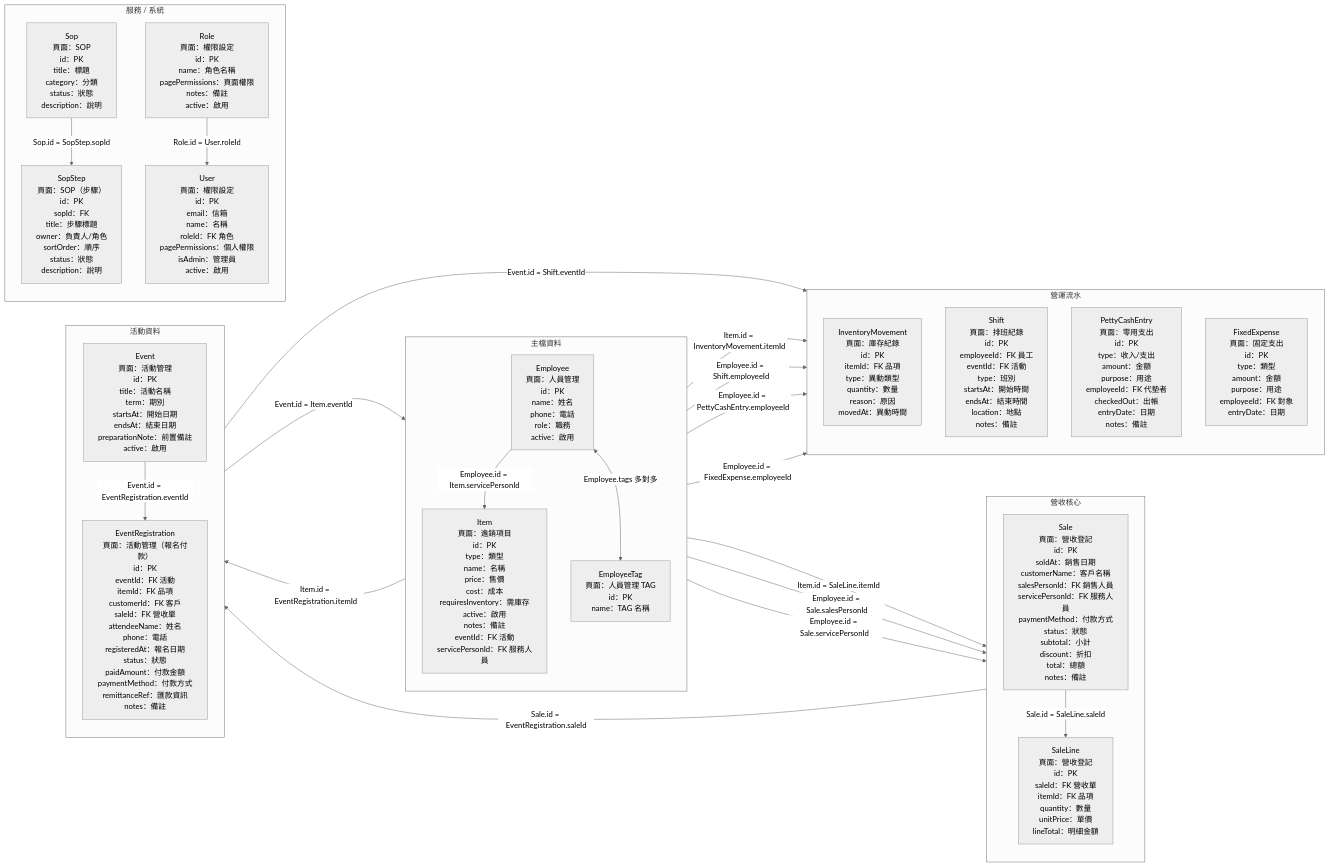
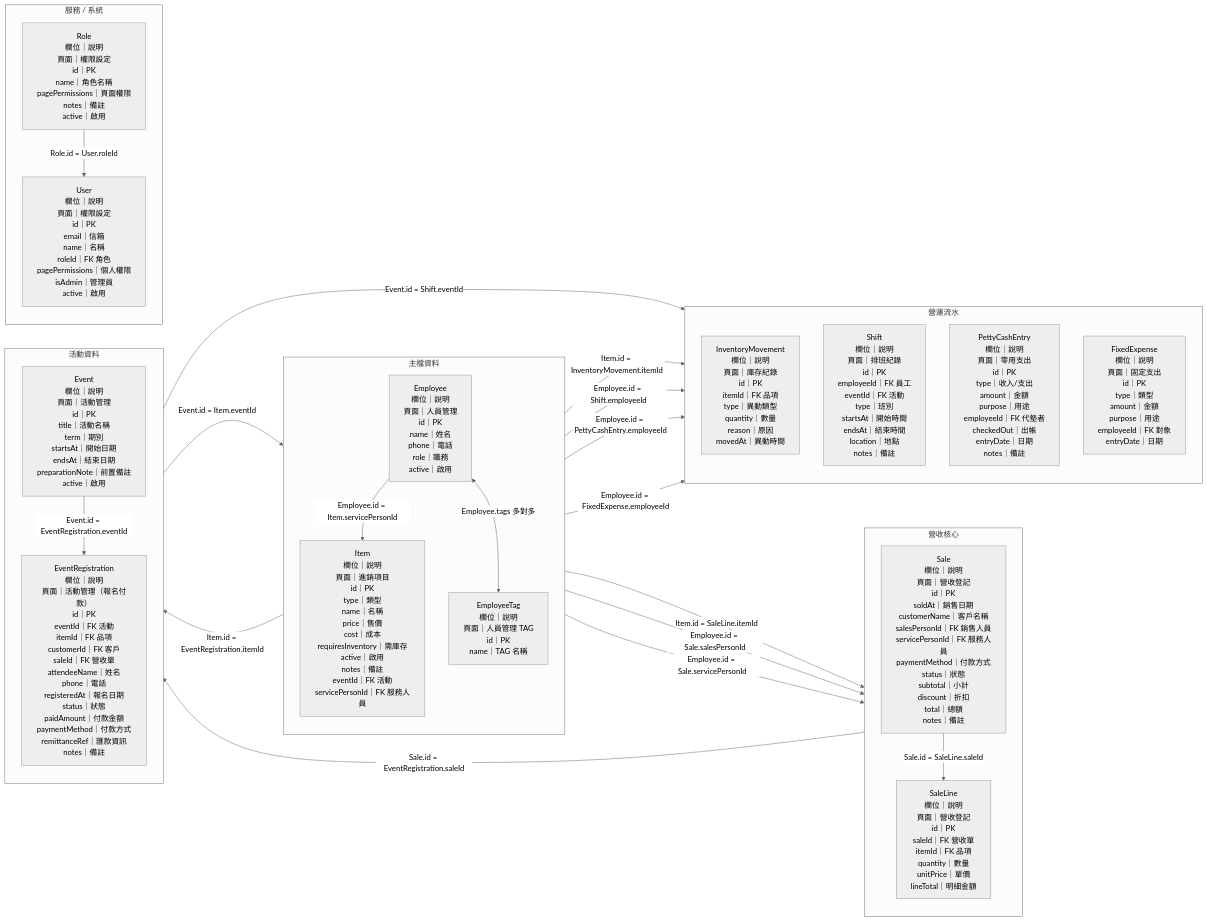
The fourth of 4 diagrams in docs/data-relationships.md (crimsonhsu-PM/ERP), drawn with Mermaid (neutral theme) before and after one commit. The commit also changed other lines of this file and 43 other files, not shown here.

````diff
--- a/docs/data-relationships.md
+++ b/docs/data-relationships.md
@@ -230,157 +221,154 @@
   subgraph masterData["主檔資料"]
     direction TB
     itemTable["`Item
-頁面：進銷項目
-id：PK
-type：類型
-name：名稱
-price：售價
-cost：成本
-requiresInventory：需庫存
-active：啟用
-notes：備註
-eventId：FK 活動
-servicePersonId：FK 服務人員`"]
+欄位｜說明
+頁面｜進銷項目
+id｜PK
+type｜類型
+name｜名稱
+price｜售價
+cost｜成本
+requiresInventory｜需庫存
+active｜啟用
+notes｜備註
+eventId｜FK 活動
+servicePersonId｜FK 服務人員`"]
     employeeTable["`Employee
-頁面：人員管理
-id：PK
-name：姓名
-phone：電話
-role：職務
-active：啟用`"]
+欄位｜說明
+頁面｜人員管理
+id｜PK
+name｜姓名
+phone｜電話
+role｜職務
+active｜啟用`"]
     employeeTagTable["`EmployeeTag
-頁面：人員管理 TAG
-id：PK
-name：TAG 名稱`"]
+欄位｜說明
+頁面｜人員管理 TAG
+id｜PK
+name｜TAG 名稱`"]
   end
 
   subgraph revenueData["營收核心"]
     direction TB
     saleTable["`Sale
-頁面：營收登記
-id：PK
-soldAt：銷售日期
-customerName：客戶名稱
-salesPersonId：FK 銷售人員
-servicePersonId：FK 服務人員
-paymentMethod：付款方式
-status：狀態
-subtotal：小計
-discount：折扣
-total：總額
-notes：備註`"]
+欄位｜說明
+頁面｜營收登記
+id｜PK
+soldAt｜銷售日期
+customerName｜客戶名稱
+salesPersonId｜FK 銷售人員
+servicePersonId｜FK 服務人員
+paymentMethod｜付款方式
+status｜狀態
+subtotal｜小計
+discount｜折扣
+total｜總額
+notes｜備註`"]
     saleLineTable["`SaleLine
-頁面：營收登記
-id：PK
-saleId：FK 營收單
-itemId：FK 品項
-quantity：數量
-unitPrice：單價
-lineTotal：明細金額`"]
+欄位｜說明
+頁面｜營收登記
+id｜PK
+saleId｜FK 營收單
+itemId｜FK 品項
+quantity｜數量
+unitPrice｜單價
+lineTotal｜明細金額`"]
   end
 
   subgraph operationData["營運流水"]
     direction TB
     inventoryTable["`InventoryMovement
-頁面：庫存紀錄
-id：PK
-itemId：FK 品項
-type：異動類型
-quantity：數量
-reason：原因
-movedAt：異動時間`"]
+欄位｜說明
+頁面｜庫存紀錄
+id｜PK
+itemId｜FK 品項
+type｜異動類型
+quantity｜數量
+reason｜原因
+movedAt｜異動時間`"]
     shiftTable["`Shift
-頁面：排班紀錄
-id：PK
-employeeId：FK 員工
-eventId：FK 活動
-type：班別
-startsAt：開始時間
-endsAt：結束時間
-location：地點
-notes：備註`"]
+欄位｜說明
+頁面｜排班紀錄
+id｜PK
+employeeId｜FK 員工
+eventId｜FK 活動
+type｜班別
+startsAt｜開始時間
+endsAt｜結束時間
+location｜地點
+notes｜備註`"]
     pettyCashTable["`PettyCashEntry
-頁面：零用支出
-id：PK
-type：收入/支出
-amount：金額
-purpose：用途
-employeeId：FK 代墊者
-checkedOut：出帳
-entryDate：日期
-notes：備註`"]
+欄位｜說明
+頁面｜零用支出
+id｜PK
+type｜收入/支出
+amount｜金額
+purpose｜用途
+employeeId｜FK 代墊者
+checkedOut｜出帳
+entryDate｜日期
+notes｜備註`"]
     fixedExpenseTable["`FixedExpense
-頁面：固定支出
-id：PK
-type：類型
-amount：金額
-purpose：用途
-employeeId：FK 對象
-entryDate：日期`"]
+欄位｜說明
+頁面｜固定支出
+id｜PK
+type｜類型
+amount｜金額
+purpose｜用途
+employeeId｜FK 對象
+entryDate｜日期`"]
   end
 
   subgraph eventData["活動資料"]
     direction TB
     eventTable["`Event
-頁面：活動管理
-id：PK
-title：活動名稱
-term：期別
-startsAt：開始日期
-endsAt：結束日期
-preparationNote：前置備註
-active：啟用`"]
+欄位｜說明
+頁面｜活動管理
+id｜PK
+title｜活動名稱
+term｜期別
+startsAt｜開始日期
+endsAt｜結束日期
+preparationNote｜前置備註
+active｜啟用`"]
     registrationTable["`EventRegistration
-頁面：活動管理（報名付款）
-id：PK
-eventId：FK 活動
-itemId：FK 品項
-customerId：FK 客戶
-saleId：FK 營收單
-attendeeName：姓名
-phone：電話
-registeredAt：報名日期
-status：狀態
-paidAmount：付款金額
-paymentMethod：付款方式
-remittanceRef：匯款資訊
-notes：備註`"]
+欄位｜說明
+頁面｜活動管理（報名付款）
+id｜PK
+eventId｜FK 活動
+itemId｜FK 品項
+customerId｜FK 客戶
+saleId｜FK 營收單
+attendeeName｜姓名
+phone｜電話
+registeredAt｜報名日期
+status｜狀態
+paidAmount｜付款金額
+paymentMethod｜付款方式
+remittanceRef｜匯款資訊
+notes｜備註`"]
   end
 
   subgraph adminData["服務 / 系統"]
     direction TB
-    sopTable["`Sop
-頁面：SOP
-id：PK
-title：標題
-category：分類
-status：狀態
-description：說明`"]
-    sopStepTable["`SopStep
-頁面：SOP（步驟）
-id：PK
-sopId：FK
-title：步驟標題
-owner：負責人/角色
-sortOrder：順序
-status：狀態
-description：說明`"]
     roleTable["`Role
-頁面：權限設定
-id：PK
-name：角色名稱
-pagePermissions：頁面權限
-notes：備註
-active：啟用`"]
+欄位｜說明
+頁面｜權限設定
+id｜PK
+name｜角色名稱
+pagePermissions｜頁面權限
+notes｜備註
+active｜啟用`"]
     userTable["`User
-頁面：權限設定
-id：PK
-email：信箱
-name：名稱
-roleId：FK 角色
-pagePermissions：個人權限
-isAdmin：管理員
-active：啟用`"]
+欄位｜說明
+頁面｜權限設定
+id｜PK
+email｜信箱
+name｜名稱
+roleId｜FK 角色
+pagePermissions｜個人權限
+isAdmin｜管理員
+active｜啟用`"]
   end
 
   itemTable -->|"Item.id = SaleLine.itemId"| saleLineTable
@@ -401,6 +389,5 @@
   itemTable -->|"Item.id = EventRegistration.itemId"| registrationTable
   saleTable -->|"Sale.id = EventRegistration.saleId"| registrationTable
 
-  sopTable -->|"Sop.id = SopStep.sopId"| sopStepTable
   roleTable -->|"Role.id = User.roleId"| userTable
 ```
````
